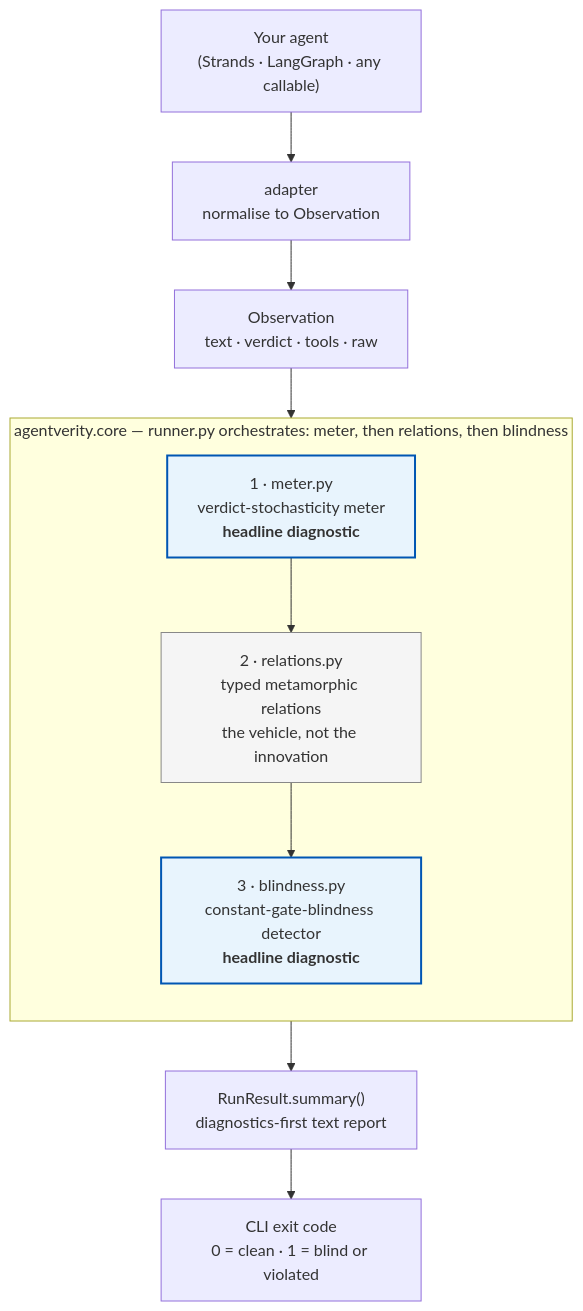
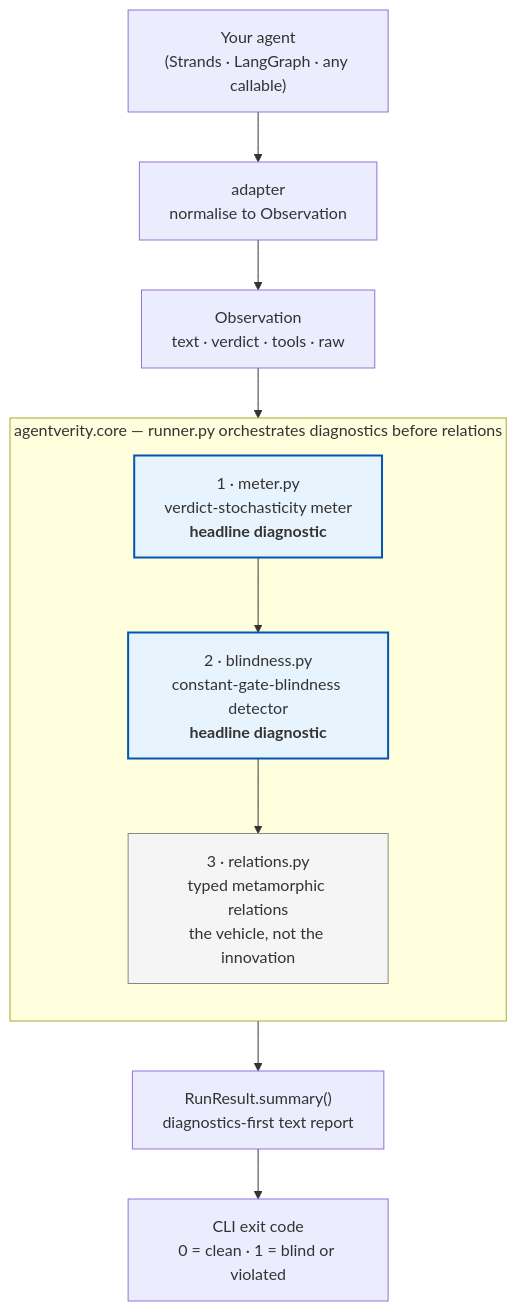
Before and after one commit to mrwersa/agentverity: the diagram in README.md, drawn with Mermaid. The commit also changed other lines of this file and 15 other files, not shown here.

First line of the commit message:
core: correct diagnostics and add CI

````diff
--- a/README.md
+++ b/README.md
@@ -209,24 +217,24 @@
 ```mermaid
 flowchart TD
     Agent["Your agent<br/>(Strands · LangGraph · any callable)"]
     Adapter["adapter<br/>normalise to Observation"]
     Obs["Observation<br/>text · verdict · tools · raw"]
 
     Agent --> Adapter --> Obs
 
-    subgraph Core["agentverity.core — runner.py orchestrates: meter, then relations, then blindness"]
+    subgraph Core["agentverity.core — runner.py orchestrates diagnostics before relations"]
         direction TB
         Meter["1 · meter.py<br/>verdict-stochasticity meter<br/><b>headline diagnostic</b>"]
-        Rel["2 · relations.py<br/>typed metamorphic relations<br/>the vehicle, not the innovation"]
-        Blind["3 · blindness.py<br/>constant-gate-blindness detector<br/><b>headline diagnostic</b>"]
-        Meter --> Rel --> Blind
+        Blind["2 · blindness.py<br/>constant-gate-blindness detector<br/><b>headline diagnostic</b>"]
+        Rel["3 · relations.py<br/>typed metamorphic relations<br/>the vehicle, not the innovation"]
+        Meter --> Blind --> Rel
     end
 
     Obs --> Meter
-    Blind --> Result["RunResult.summary()<br/>diagnostics-first text report"]
+    Rel --> Result["RunResult.summary()<br/>diagnostics-first text report"]
     Result --> Exit["CLI exit code<br/>0 = clean · 1 = blind or violated"]
 
     style Meter fill:#e8f4fd,stroke:#0056b3,stroke-width:2px
     style Blind fill:#e8f4fd,stroke:#0056b3,stroke-width:2px
     style Rel fill:#f5f5f5,stroke:#888
 ```
````
